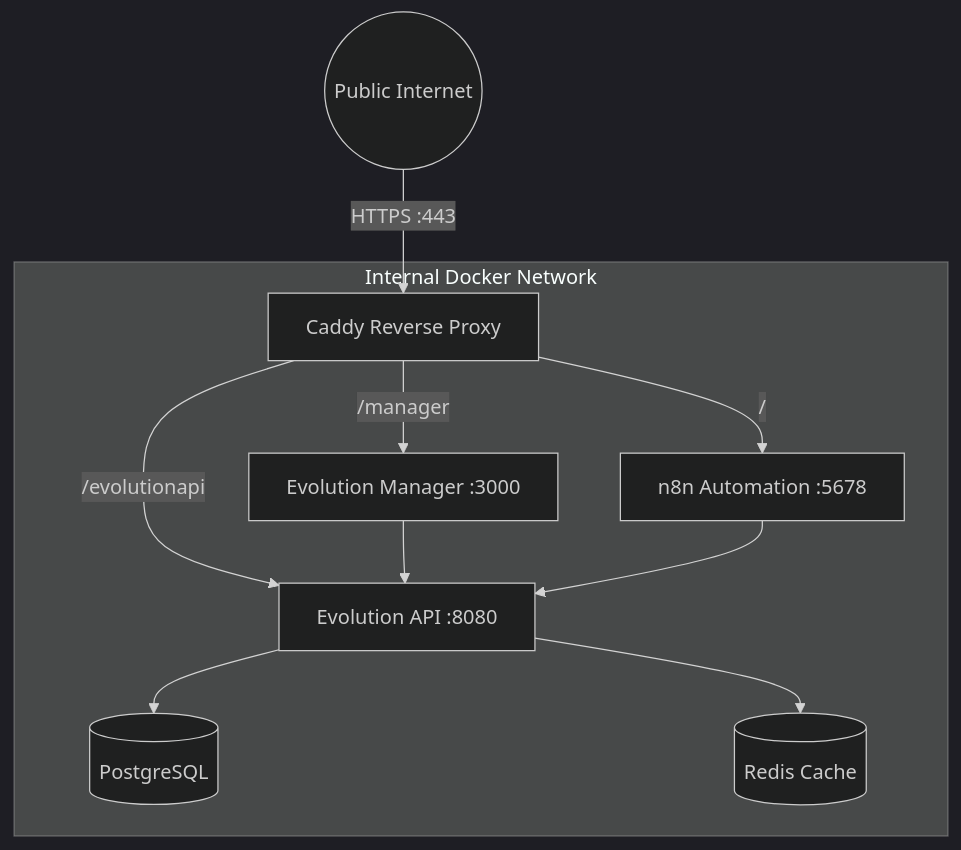
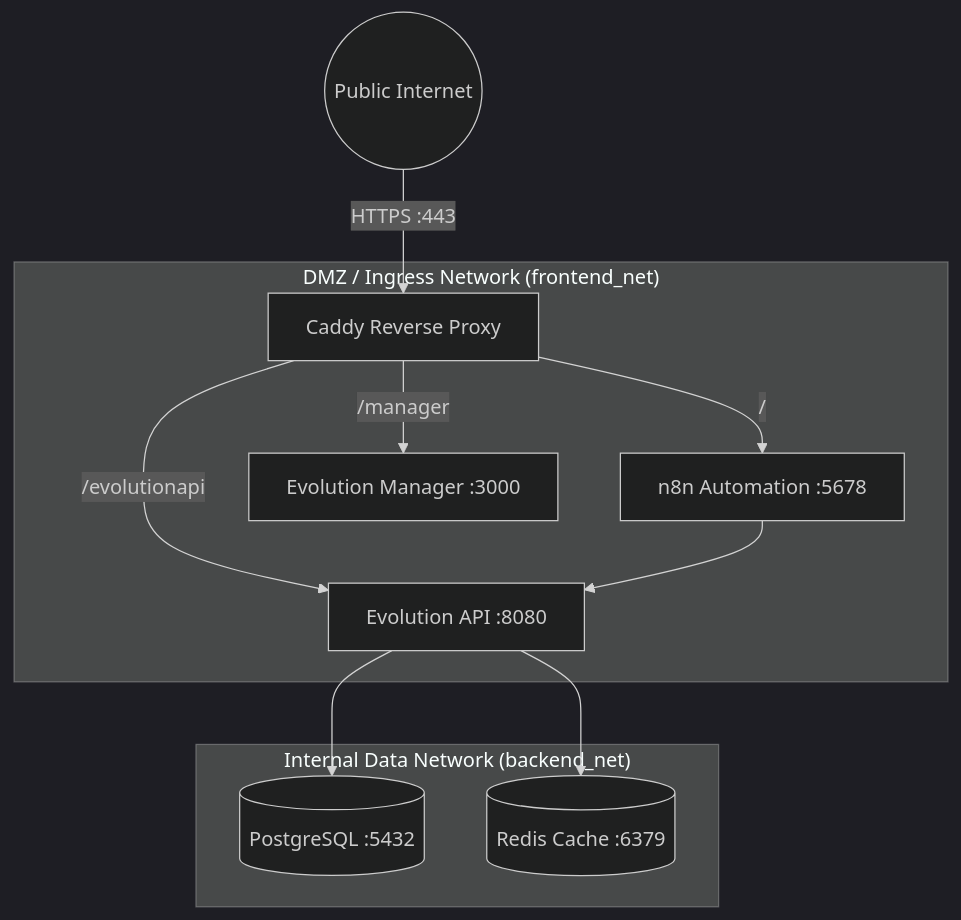
One commit to krishujeniya/krishujeniya changed the diagram in Docs/SetupN8N.md. Above: the diagram before and after it, drawn with Mermaid (dark theme). The commit also changed other lines of this file and 78 other files, not shown here.

````diff
--- a/Docs/SetupN8N.md
+++ b/Docs/SetupN8N.md
@@ -22,15 +20,16 @@
 ```mermaid
 graph TD
     User((Public Internet)) -->|HTTPS :443| Caddy[Caddy Reverse Proxy]
     
-    subgraph "Internal Docker Network"
-    Caddy -->|/| n8n[n8n Automation :5678]
-    Caddy -->|/evolutionapi| EvoAPI[Evolution API :8080]
-    Caddy -->|/manager| EvoMan[Evolution Manager :3000]
+    subgraph "DMZ / Ingress Network (frontend_net)"
+        Caddy -->|/| n8n[n8n Automation :5678]
+        Caddy -->|/evolutionapi| EvoAPI[Evolution API :8080]
+        Caddy -->|/manager| EvoMan[Evolution Manager :3000]
+    end
     
-    EvoAPI --> Postgres[(PostgreSQL)]
-    EvoAPI --> Redis[(Redis Cache)]
-    EvoMan --> EvoAPI
-    n8n --> EvoAPI
+    subgraph "Internal Data Network (backend_net)"
+        EvoAPI --> Postgres[(PostgreSQL :5432)]
+        EvoAPI --> Redis[(Redis Cache :6379)]
+        n8n --> EvoAPI
     end
 ```
````
